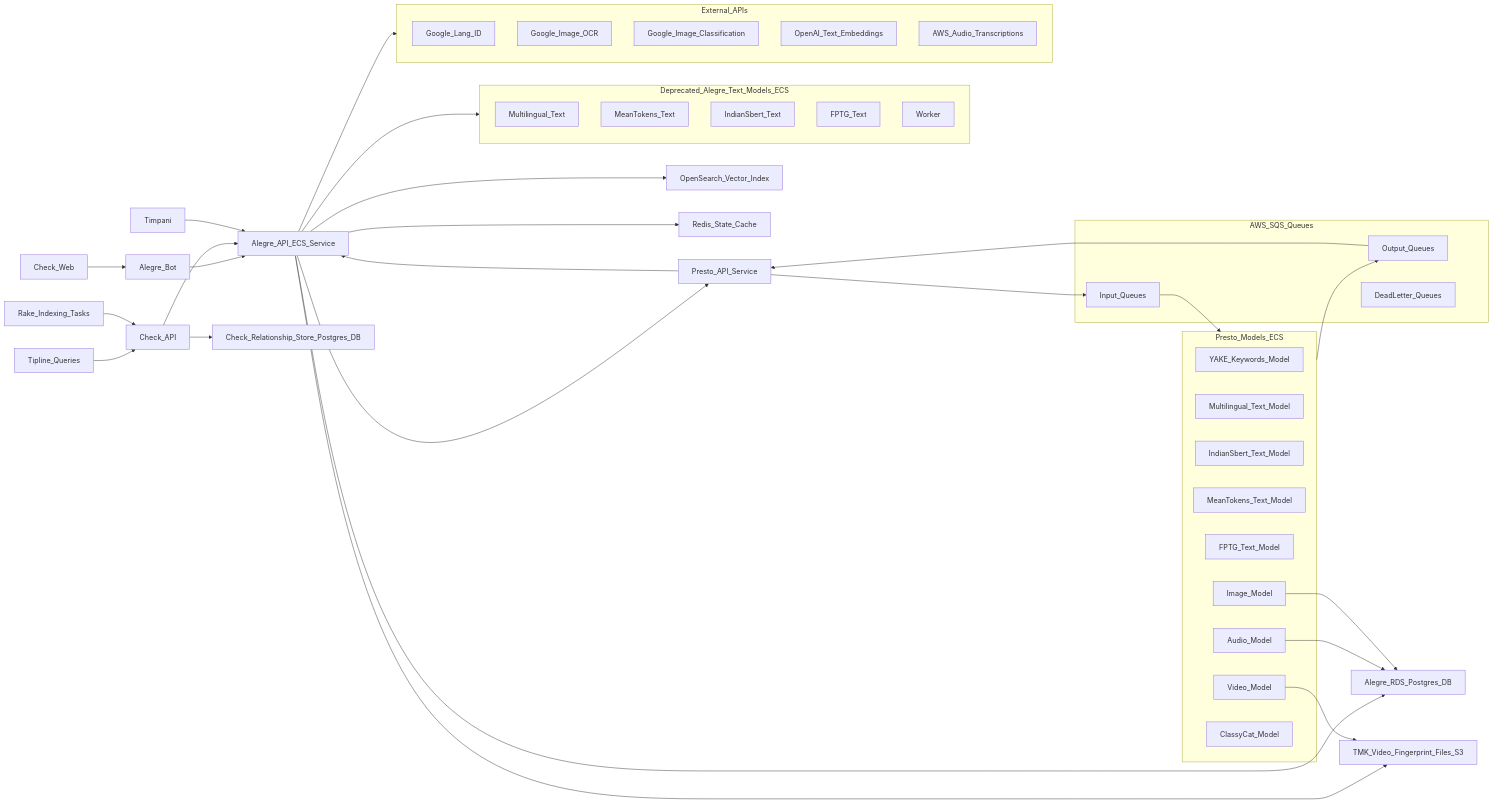
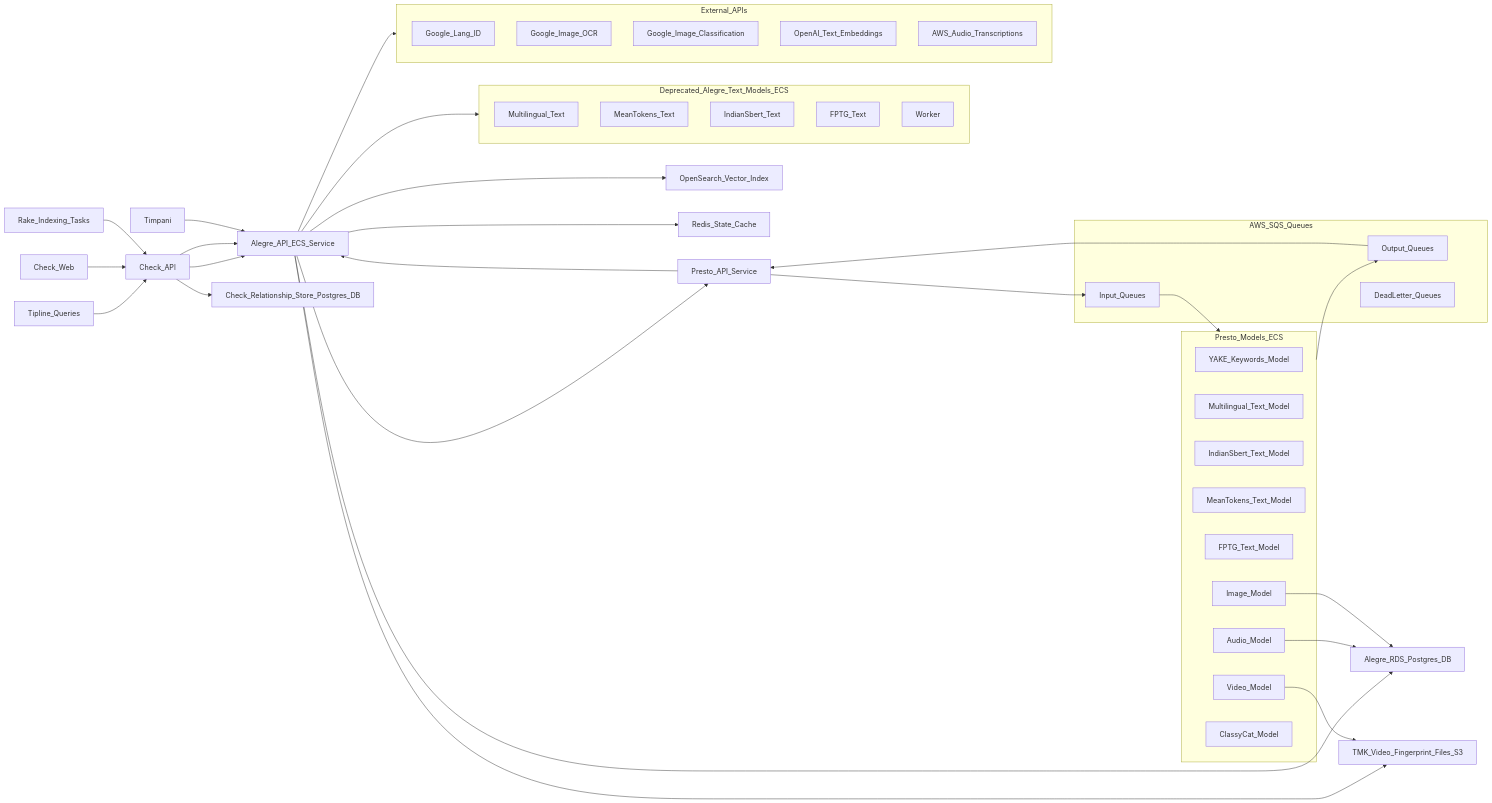
The diagram in doc/meedan_similarity_infra_overview.md (meedan/alegre), drawn with Mermaid before and after one commit. The commit also changed other lines of this file, not shown here.

Commit message:
update to show checkweb direct dependency on checkApi

````diff
--- a/doc/meedan_similarity_infra_overview.md
+++ b/doc/meedan_similarity_infra_overview.md
@@ -17,59 +17,59 @@
 ```mermaid
     graph LR
         Tipline_Queries --> Check_API
-        Check_Web --> Alegre_Bot  --> Alegre_API_ECS_Service
+        Check_Web --> Check_API  --> Alegre_API_ECS_Service
         Rake_Indexing_Tasks --> Check_API
         Check_API --> Check_Relationship_Store_Postgres_DB
         Check_API --> Alegre_API_ECS_Service
         Timpani --> Alegre_API_ECS_Service
         Alegre_API_ECS_Service --> Alegre_RDS_Postgres_DB
         Alegre_API_ECS_Service --> OpenSearch_Vector_Index
         Alegre_API_ECS_Service --> Redis_State_Cache
 
         Alegre_API_ECS_Service --> TMK_Video_Fingerprint_Files_S3
         subgraph Deprecated_Alegre_Text_Models_ECS
             Multilingual_Text
             MeanTokens_Text
             IndianSbert_Text
             FPTG_Text
             Worker
         end
         Alegre_API_ECS_Service --> Deprecated_Alegre_Text_Models_ECS
 
         subgraph External_APIs
             Google_Lang_ID
             Google_Image_OCR
             Google_Image_Classification
             OpenAI_Text_Embeddings
             AWS_Audio_Transcriptions
         end
         Alegre_API_ECS_Service --> External_APIs
         Alegre_API_ECS_Service --> Presto_API_Service
         Presto_API_Service --> Alegre_API_ECS_Service
 
         subgraph AWS_SQS_Queues
             Input_Queues
             Output_Queues
             DeadLetter_Queues
         end
 
         Presto_API_Service --> Input_Queues --> Presto_Models_ECS --> Output_Queues --> Presto_API_Service
 
         subgraph Presto_Models_ECS
             YAKE_Keywords_Model
             Multilingual_Text_Model
             IndianSbert_Text_Model
             MeanTokens_Text_Model
             FPTG_Text_Model
             Video_Model
             Audio_Model
             Image_Model
             ClassyCat_Model
         end
 
         
         Video_Model --> TMK_Video_Fingerprint_Files_S3
         Audio_Model --> Alegre_RDS_Postgres_DB
         Image_Model --> Alegre_RDS_Postgres_DB
 
 ```
````
